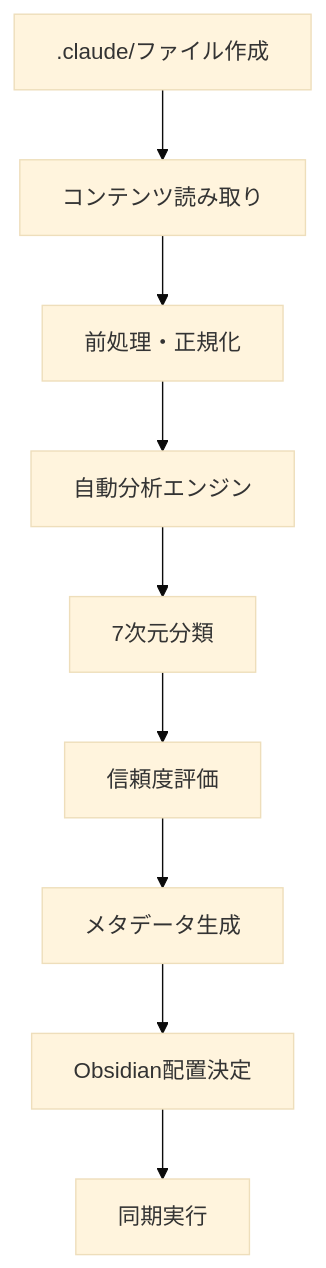
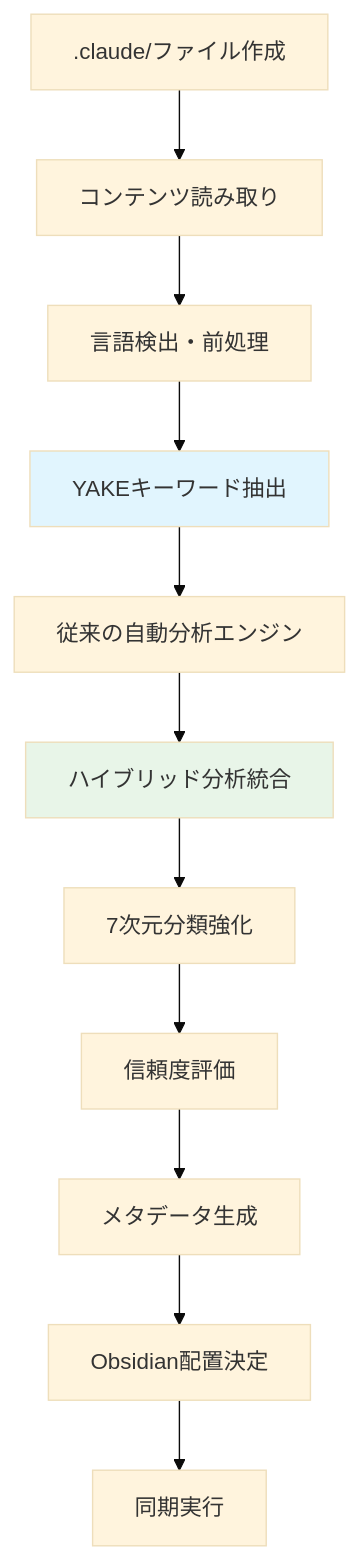
Before and after one commit to drillan/claude-knowledge-catalyst: the second of 2 diagrams in docs/user-guide/tag-architecture.md, drawn with Mermaid (base theme). The commit also changed other lines of this file and 6 other files, not shown here.

First line of the commit message:
docs: Remove unsubstantiated performance metrics from tag-architecture.md

````diff
--- a/docs/user-guide/tag-architecture.md
+++ b/docs/user-guide/tag-architecture.md
@@ -177,11 +177,16 @@
 ```mermaid
 graph TB
     A[.claude/ファイル作成] --> B[コンテンツ読み取り]
-    B --> C[前処理・正規化]
-    C --> D[自動分析エンジン]
-    D --> E[7次元分類]
-    E --> F[信頼度評価]
-    F --> G[メタデータ生成]
-    G --> H[Obsidian配置決定]
-    H --> I[同期実行]
+    B --> C[言語検出・前処理]
+    C --> D[YAKEキーワード抽出]
+    D --> E[従来の自動分析エンジン]
+    E --> F[ハイブリッド分析統合]
+    F --> G[7次元分類強化]
+    G --> H[信頼度評価]
+    H --> I[メタデータ生成]
+    I --> J[Obsidian配置決定]
+    J --> K[同期実行]
+    
+    style D fill:#e1f5fe
+    style F fill:#e8f5e8
 ```
````
